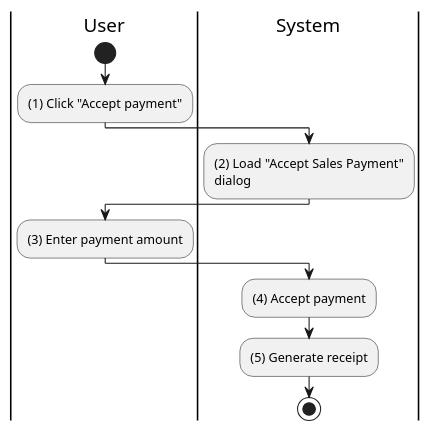
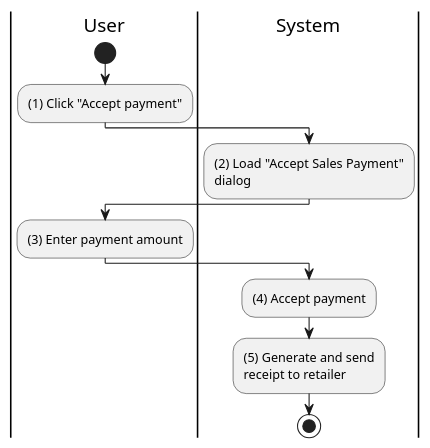
The diagram in activities/sales-order-accept-payment.plantuml (phihungha/scmss-reqs), drawn with PlantUML before and after one commit. The commit also changed 17 other files, not shown here.

Commit message:
Improve sales sequences

```diff
--- a/activities/sales-order-accept-payment.plantuml
+++ b/activities/sales-order-accept-payment.plantuml
@@ -1,19 +1,19 @@
 @startuml sales-order-accept-payment
 |u|User
 |s|System
 
 |u|
 start
 :(1) Click "Accept payment";
 
 |s|
 :(2) Load "Accept Sales Payment"\ndialog;
 
 |u|
 :(3) Enter payment amount;
 
 |s|
 :(4) Accept payment;
-:(5) Generate receipt;
+:(5) Generate and send\nreceipt to retailer;
 stop
 @enduml
```
